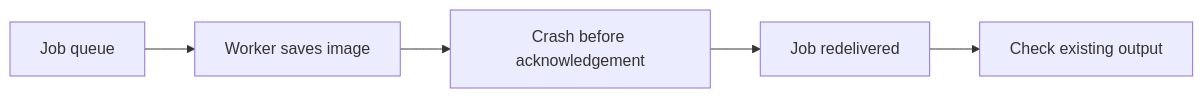
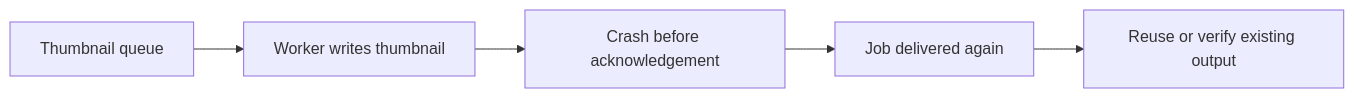
One commit to sid16mishra02-design/system-design changed the diagram in curriculum/07-asynchronous-communication/02-message-queues.md. Above: the diagram before and after it, drawn with Mermaid. The commit also changed other lines of this file and 84 other files, not shown here.

````diff
--- a/curriculum/07-asynchronous-communication/02-message-queues.md
+++ b/curriculum/07-asynchronous-communication/02-message-queues.md
@@ -90,7 +92,7 @@
 ```mermaid
 flowchart LR
-  Q["Job queue"] --> W["Worker saves image"]
+  Q["Thumbnail queue"] --> W["Worker writes thumbnail"]
   W --> X["Crash before acknowledgement"]
-  X --> R["Job redelivered"]
-  R --> I["Check existing output"]
+  X --> R["Job delivered again"]
+  R --> I["Reuse or verify existing output"]
 ```
````
